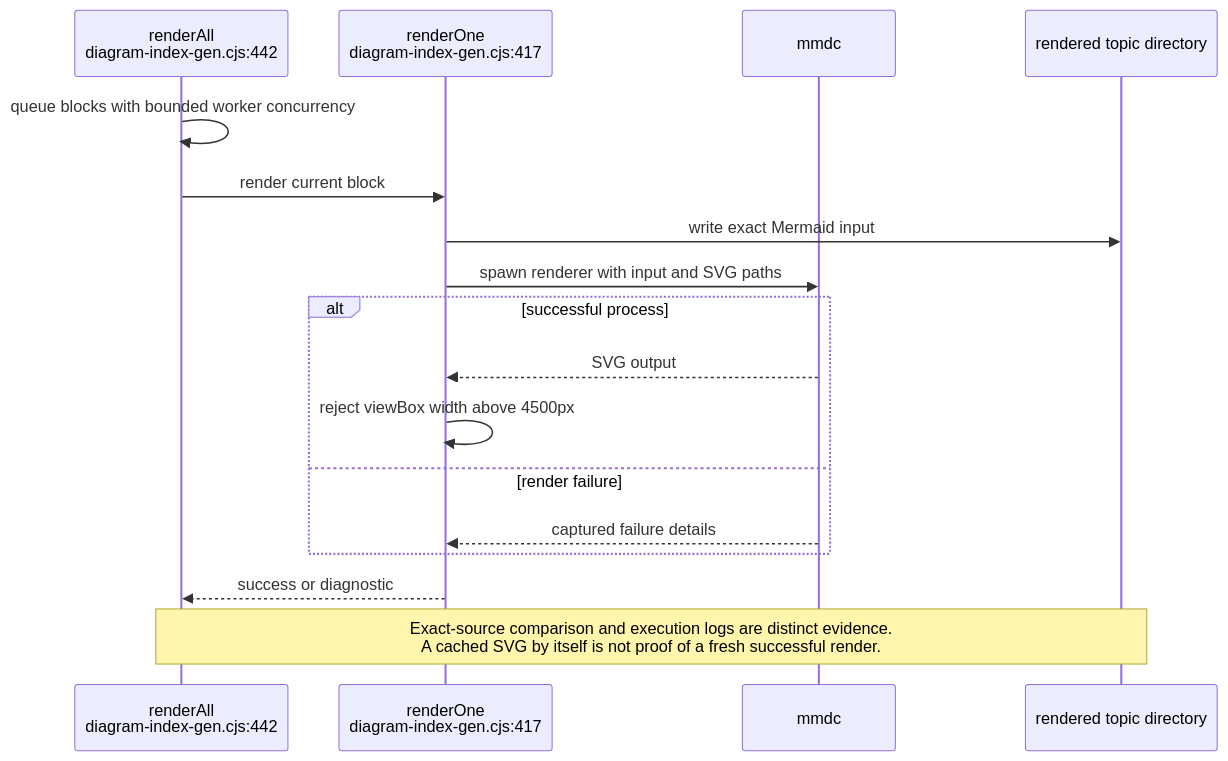
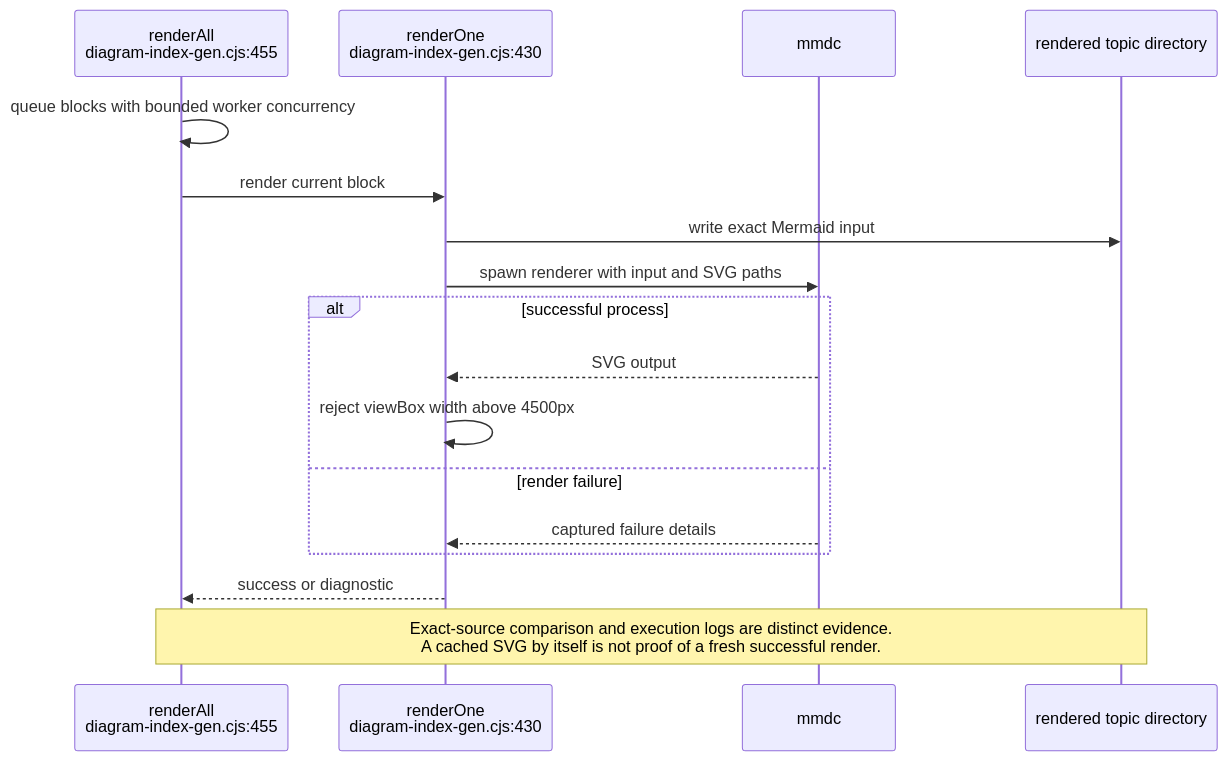
One commit to DreamLab-AI/VisionFlow changed diagram 11 of 13 in docs/diagrams/visionflow/06-diagram-tooling.md. Above: the diagram before and after it, drawn with Mermaid. The commit also changed other lines of this file and 292 other files, not shown here.

````diff
--- a/docs/diagrams/visionflow/06-diagram-tooling.md
+++ b/docs/diagrams/visionflow/06-diagram-tooling.md
@@ -334,19 +334,19 @@
 ```mermaid
 sequenceDiagram
-    participant G as renderAll<br/>diagram-index-gen.cjs:442
-    participant R as renderOne<br/>diagram-index-gen.cjs:417
+    participant G as renderAll<br/>diagram-index-gen.cjs:455
+    participant R as renderOne<br/>diagram-index-gen.cjs:430
     participant M as mmdc
     participant O as rendered topic directory
     G->>G: queue blocks with bounded worker concurrency
     G->>R: render current block
     R->>O: write exact Mermaid input
     R->>M: spawn renderer with input and SVG paths
     alt successful process
         M-->>R: SVG output
         R->>R: reject viewBox width above 4500px
     else render failure
         M-->>R: captured failure details
     end
     R-->>G: success or diagnostic
     Note over G,O: Exact-source comparison and execution logs are distinct evidence.<br/>A cached SVG by itself is not proof of a fresh successful render.
 ```
````
